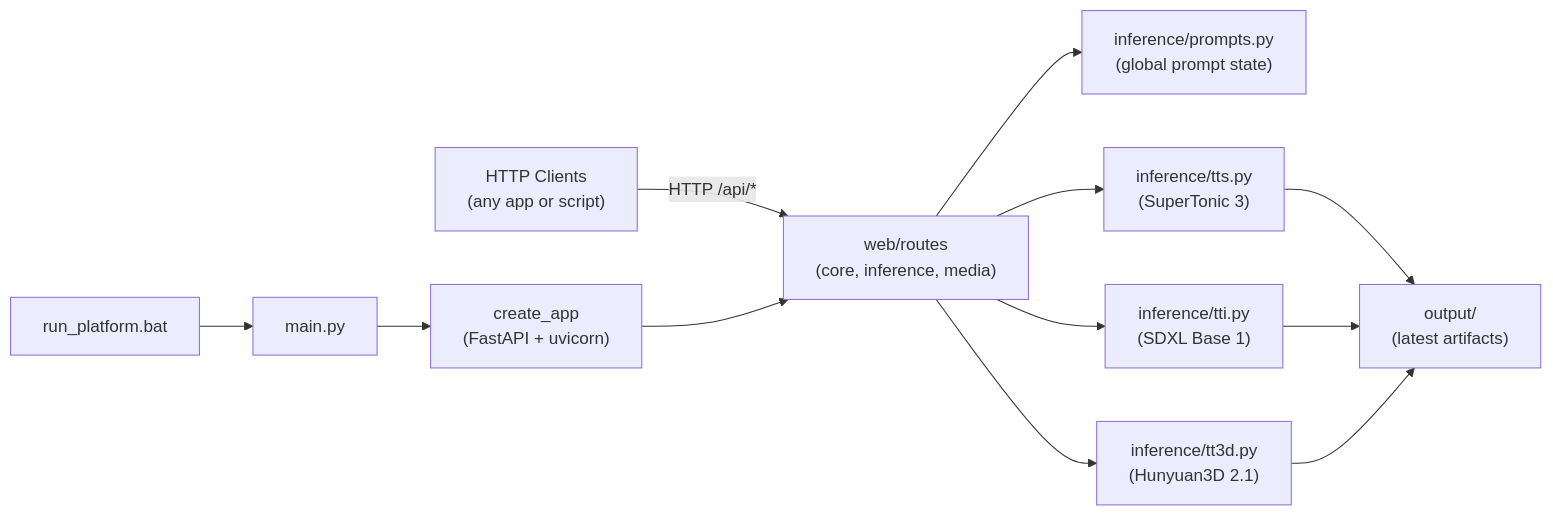
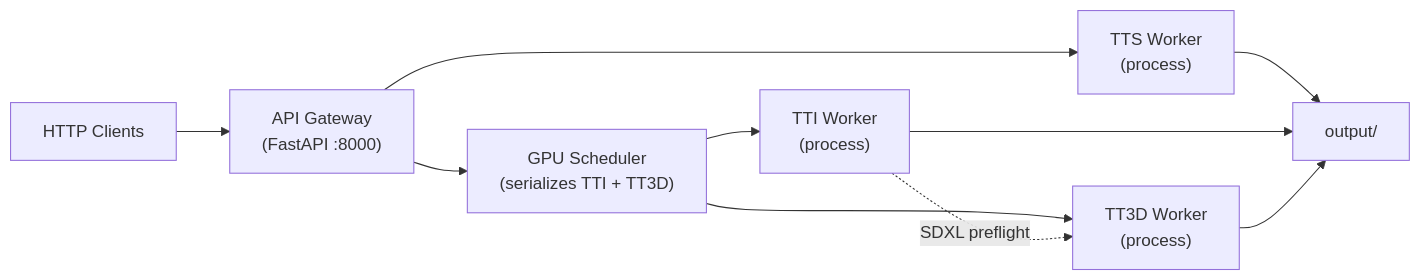
One commit to vecnode/agent-sequencer-app changed the first of 2 diagrams in README.md. Above: the diagram before and after it, drawn with Mermaid. The commit also changed other lines of this file and 30 other files, not shown here.

````diff
--- a/README.md
+++ b/README.md
@@ -13,25 +15,20 @@
 ```mermaid
 flowchart LR
-    Client["HTTP Clients\n(any app or script)"]
-    Launcher["run_platform.bat"]
-    Main["main.py"]
-    App["create_app\n(FastAPI + uvicorn)"]
-    Routes["web/routes\n(core, inference, media)"]
-    Prompts["inference/prompts.py\n(global prompt state)"]
-    TTS["inference/tts.py\n(SuperTonic 3)"]
-    TTI["inference/tti.py\n(SDXL Base 1)"]
-    TT3D["inference/tt3d.py\n(Hunyuan3D 2.1)"]
-    Output["output/\n(latest artifacts)"]
+    Client["HTTP Clients"]
+    Gateway["API Gateway\n(FastAPI :8000)"]
+    Scheduler["GPU Scheduler\n(serializes TTI + TT3D)"]
+    TTSw["TTS Worker\n(process)"]
+    TTIw["TTI Worker\n(process)"]
+    TT3Dw["TT3D Worker\n(process)"]
+    Output["output/"]
 
-    Launcher --> Main
-    Main --> App
-    Client -->|"HTTP /api/*"| Routes
-    App --> Routes
-    Routes --> Prompts
-    Routes --> TTS
-    Routes --> TTI
-    Routes --> TT3D
-    TTS --> Output
-    TTI --> Output
-    TT3D --> Output
+    Client --> Gateway
+    Gateway --> TTSw
+    Gateway --> Scheduler
+    Scheduler --> TTIw
+    Scheduler --> TT3Dw
+    TTIw -.->|"SDXL preflight"| TT3Dw
+    TTSw --> Output
+    TTIw --> Output
+    TT3Dw --> Output
 ```
````
